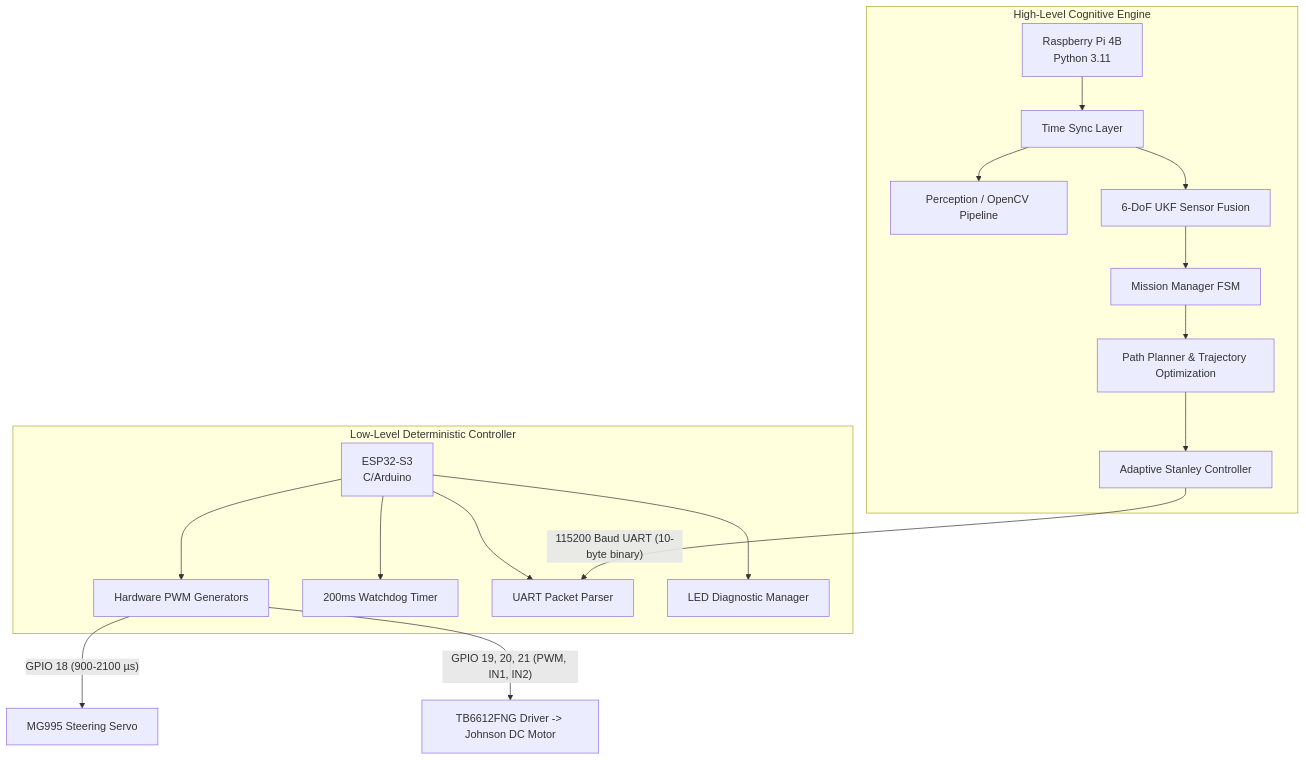
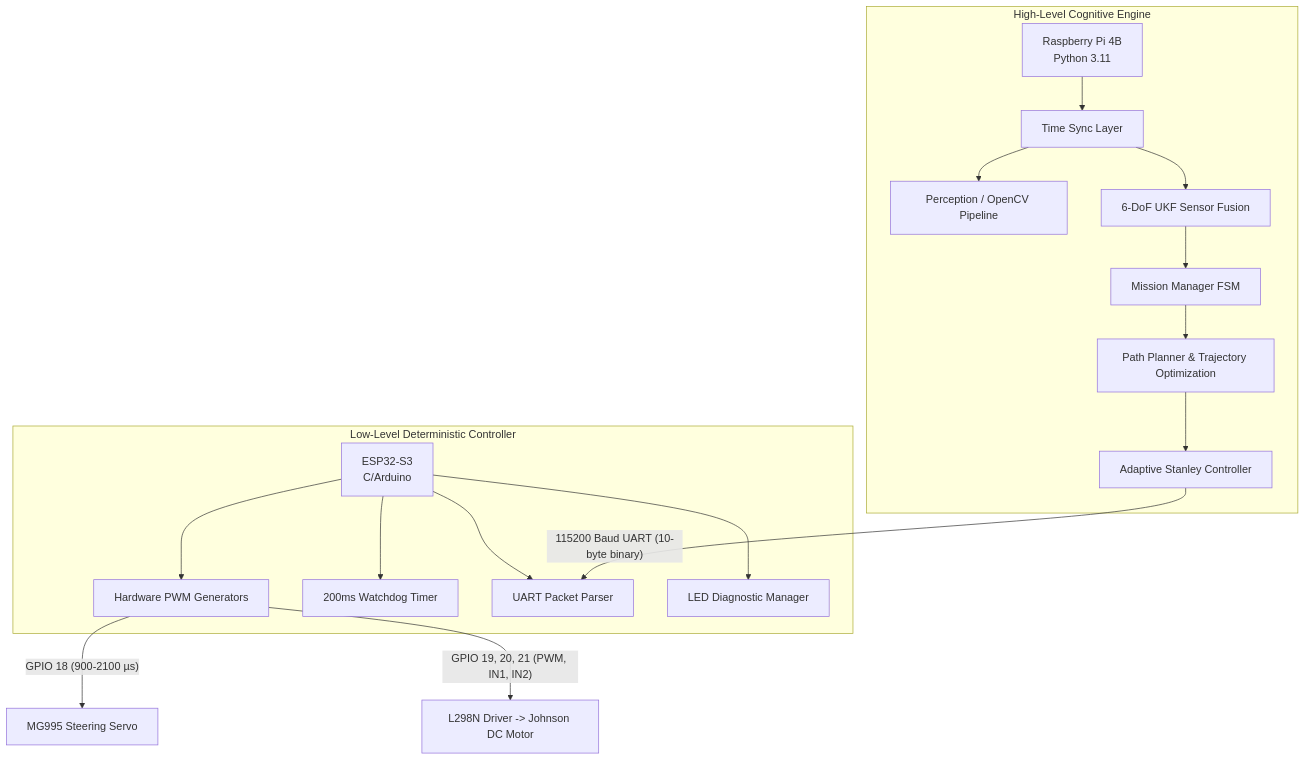
One commit to SHRUT6633/car changed the first of 4 diagrams in docs/03_software.md. Above: the diagram before and after it, drawn with Mermaid. The commit also changed other lines of this file and 5 other files, not shown here.

Commit message:
Update docs: replace TB6612FNG/INA219/SSR references with exact physical setup (L298N motor driver, direct 10A blade fused power rail, dual buck converters, toggle switch)

````diff
--- a/docs/03_software.md
+++ b/docs/03_software.md
@@ -11,36 +11,36 @@
 ```mermaid
 graph TD
     subgraph High-Level Cognitive Engine
         RPI[Raspberry Pi 4B<br>Python 3.11]
         PERC[Perception / OpenCV Pipeline]
         UKF[6-DoF UKF Sensor Fusion]
         FSM[Mission Manager FSM]
         CTRL[Adaptive Stanley Controller]
         PLAN[Path Planner & Trajectory Optimization]
         SYNC[Time Sync Layer]
         
         RPI --> SYNC
         SYNC --> PERC
         SYNC --> UKF
         UKF --> FSM
         FSM --> PLAN
         PLAN --> CTRL
     end
 
     subgraph Low-Level Deterministic Controller
         ESP[ESP32-S3<br>C/Arduino]
         PWM[Hardware PWM Generators]
         WDG[200ms Watchdog Timer]
         UART[UART Packet Parser]
         LED[LED Diagnostic Manager]
         
         ESP --> PWM
         ESP --> WDG
         ESP --> UART
         ESP --> LED
     end
 
     CTRL -- "115200 Baud UART (10-byte binary)" --> UART
     PWM -- "GPIO 18 (900-2100 µs)" --> SRV[MG995 Steering Servo]
-    PWM -- "GPIO 19, 20, 21 (PWM, IN1, IN2)" --> MTR[TB6612FNG Driver -> Johnson DC Motor]
+    PWM -- "GPIO 19, 20, 21 (PWM, IN1, IN2)" --> MTR[L298N Driver -> Johnson DC Motor]
 ```
````
